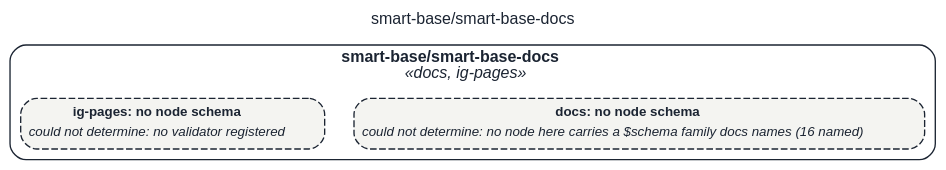
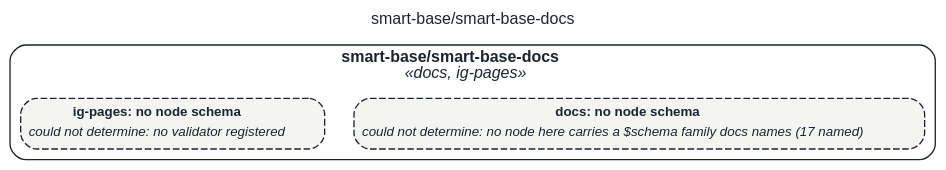
The diagram in STAGING/claude-repin-urat-2026-10-20/assets/img/uml/overview/smart-base/smart-base-docs.dot (litlfred/folio-assistant), drawn with Graphviz before and after one commit. The commit also changed 3650 other files, not shown here.

```diff
--- a/STAGING/claude-repin-urat-2026-10-20/assets/img/uml/overview/smart-base/smart-base-docs.dot
+++ b/STAGING/claude-repin-urat-2026-10-20/assets/img/uml/overview/smart-base/smart-base-docs.dot
@@ -1,12 +1,12 @@
 // GENERATED by cat-harness-tools/scripts/gen-uml-overview.ts — do not edit.
 // Rendered page (interactive view, same model): https://litlfred.github.io/folio-assistant/uml/overview/smart-base/smart-base-docs.html
 digraph "smart_base_smart_base_docs" {
   graph [label="smart-base/smart-base-docs", labelloc=t, fontname="Helvetica", fontsize=12, fontcolor="#1b2432", newrank=true, ratio=auto, nodesep=0.3, ranksep=0.5, bgcolor="transparent"];
   node [shape=box, style="rounded,filled", margin=0.05, fontname="Helvetica", fontsize=10, color="#1b2432", fontcolor="#1b2432"];
   edge [color="#1b2432", fontcolor="#1b2432", fontname="Helvetica", fontsize=9];
   subgraph "cluster_pkg_smart_base_smart_base_docs" {
     label=<<b>smart-base/smart-base-docs</b><br/><i>«docs, ig-pages»</i>>; style="rounded"; color="#1b2432"; class="fa_uml_subgraph";
-    "n_smart_base_smart_base_docs_docs" [style="rounded,filled,dashed", fillcolor="#f4f4f1", class="fa_uml_kind_docs fa_uml_undetermined", label=<<table border="0" cellborder="0" cellspacing="0" cellpadding="2"><tr><td><b>docs: no node schema</b></td></tr><tr><td align="left"><i>could not determine: no node here carries a $schema family docs names (16 named)</i></td></tr></table>>];
+    "n_smart_base_smart_base_docs_docs" [style="rounded,filled,dashed", fillcolor="#f4f4f1", class="fa_uml_kind_docs fa_uml_undetermined", label=<<table border="0" cellborder="0" cellspacing="0" cellpadding="2"><tr><td><b>docs: no node schema</b></td></tr><tr><td align="left"><i>could not determine: no node here carries a $schema family docs names (17 named)</i></td></tr></table>>];
     "n_smart_base_smart_base_docs_ig_pages" [style="rounded,filled,dashed", fillcolor="#f4f4f1", class="fa_uml_kind_ig_pages fa_uml_undetermined", label=<<table border="0" cellborder="0" cellspacing="0" cellpadding="2"><tr><td><b>ig-pages: no node schema</b></td></tr><tr><td align="left"><i>could not determine: no validator registered</i></td></tr></table>>];
   }
 }
```
